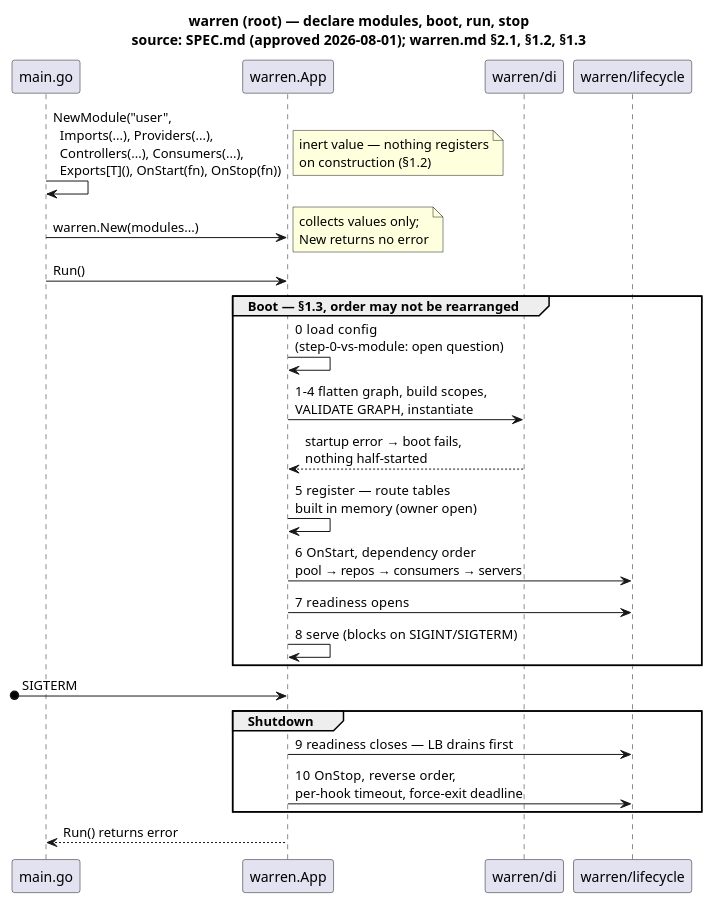
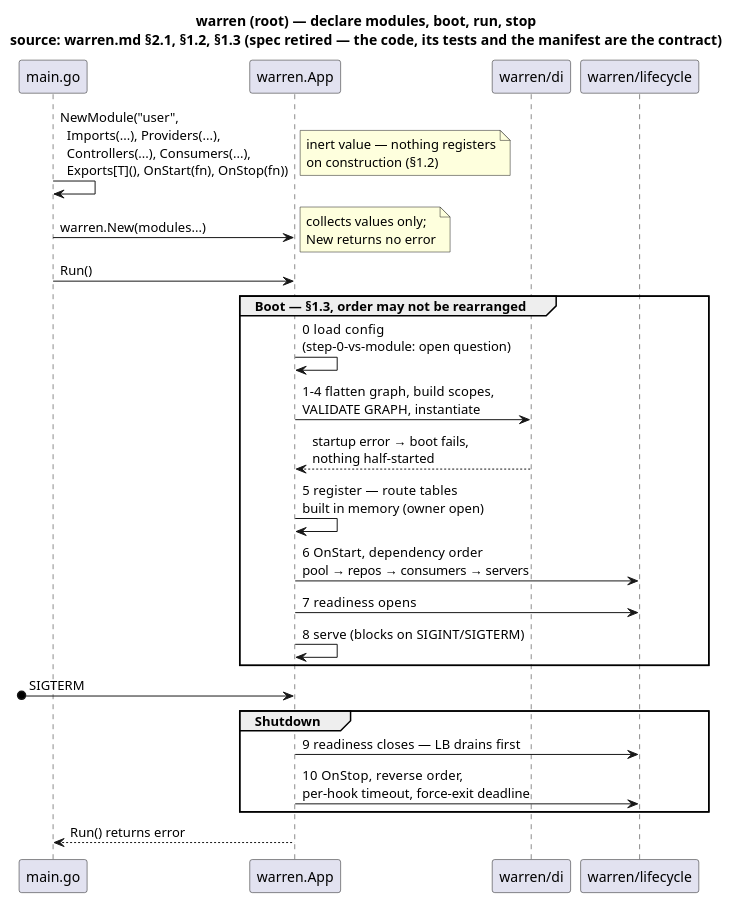
Before and after one commit to MerseniBilel/warren: the diagram in docs/assets/warren-usage.puml, drawn with PlantUML. The commit also changed 28 other files, not shown here.

```diff
--- a/docs/assets/warren-usage.puml
+++ b/docs/assets/warren-usage.puml
@@ -1,31 +1,31 @@
 @startuml warren-usage
-title warren (root) — declare modules, boot, run, stop\nsource: SPEC.md (approved 2026-08-01); warren.md §2.1, §1.2, §1.3
+title warren (root) — declare modules, boot, run, stop\nsource: warren.md §2.1, §1.2, §1.3 (spec retired — the code, its tests and the manifest are the contract)
 
 participant "main.go" as main
 participant "warren.App" as app
 participant "warren/di" as di
 participant "warren/lifecycle" as lc
 
 main -> main : NewModule("user",\n  Imports(...), Providers(...),\n  Controllers(...), Consumers(...),\n  Exports[T](), OnStart(fn), OnStop(fn))
 note right : inert value — nothing registers\non construction (§1.2)
 main -> app : warren.New(modules...)
 note right : collects values only;\nNew returns no error
 main -> app : Run()
 
 group Boot — §1.3, order may not be rearranged
   app -> app : 0  load config\n(step-0-vs-module: open question)
   app -> di : 1–4  flatten graph, build scopes,\nVALIDATE GRAPH, instantiate
   di --> app : startup error → boot fails,\nnothing half-started
   app -> app : 5  register — route tables\nbuilt in memory (owner open)
   app -> lc : 6  OnStart, dependency order\npool → repos → consumers → servers
   app -> lc : 7  readiness opens
   app -> app : 8  serve (blocks on SIGINT/SIGTERM)
 end
 
 [o-> app : SIGTERM
 group Shutdown
   app -> lc : 9  readiness closes — LB drains first
   app -> lc : 10  OnStop, reverse order,\nper-hook timeout, force-exit deadline
 end
 app --> main : Run() returns error
 @enduml
```
